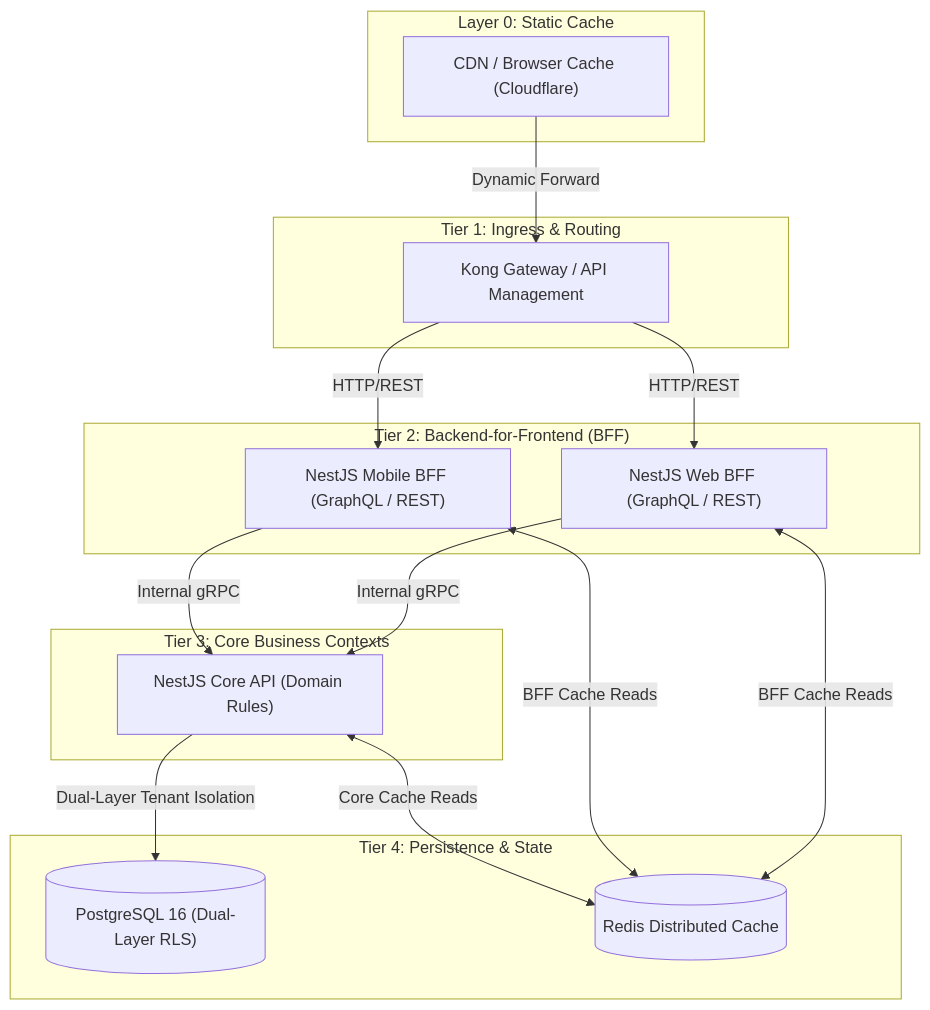
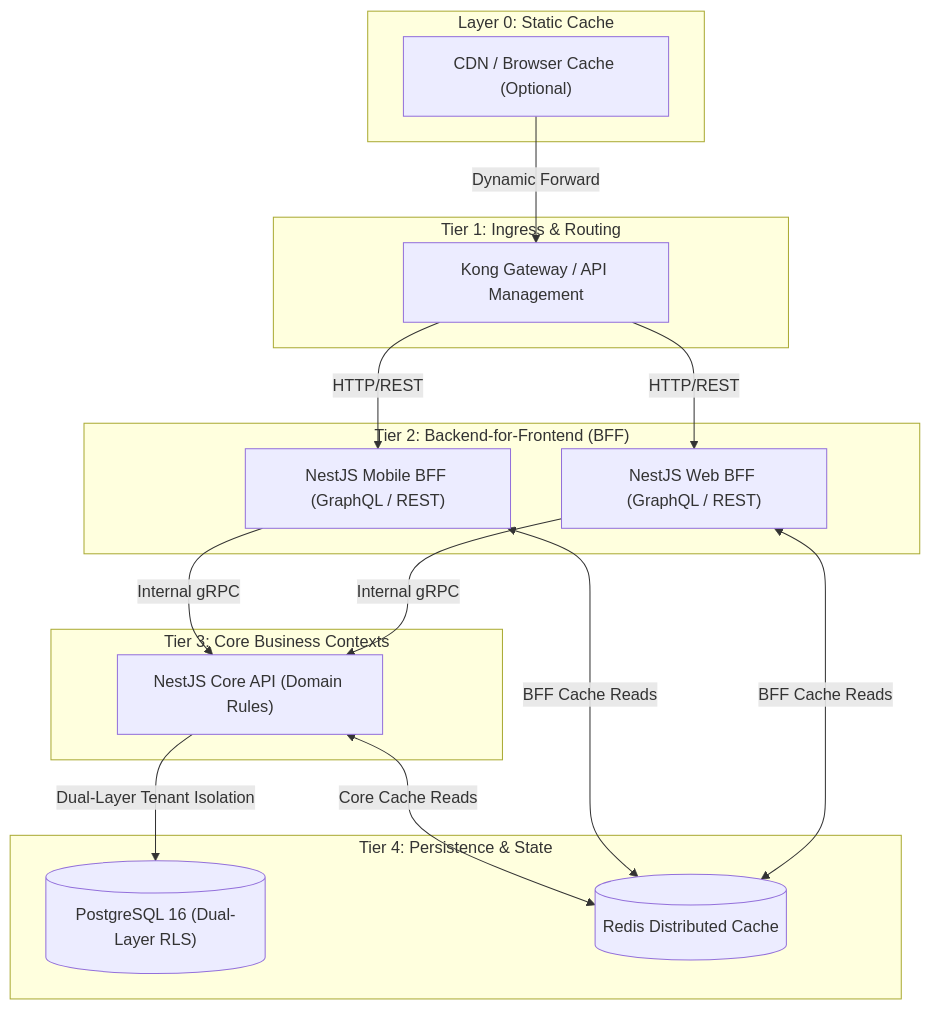
The second of 3 diagrams in arc-nodejs-workspace/docs/02-architecture/architecture-spec.md (beyondnetcode/arc32_nodejs_progresive_monolith), drawn with Mermaid before and after one commit. The commit also changed 2 other files, not shown here.

Commit message:
docs(cache): reclassify CDN layer as fully optional and configurable module in specifications

````diff
--- a/arc-nodejs-workspace/docs/02-architecture/architecture-spec.md
+++ b/arc-nodejs-workspace/docs/02-architecture/architecture-spec.md
@@ -48,37 +48,37 @@
 ```mermaid
 graph TD
     subgraph PublicEdge["Layer 0: Static Cache"]
-        CDN["CDN / Browser Cache (Cloudflare)"]
+        CDN["CDN / Browser Cache (Optional)"]
     end
 
     subgraph EntryLayer["Tier 1: Ingress & Routing"]
         KongGateway["Kong Gateway / API Management"]
     end
 
     subgraph BFFLayer["Tier 2: Backend-for-Frontend (BFF)"]
         WebBFF["NestJS Web BFF (GraphQL / REST)"]
         MobileBFF["NestJS Mobile BFF (GraphQL / REST)"]
     end
 
     subgraph ApplicationLayer["Tier 3: Core Business Contexts"]
         MainAPI["NestJS Core API (Domain Rules)"]
     end
 
     subgraph StorageLayer["Tier 4: Persistence & State"]
         PostgresSQL[("PostgreSQL 16 (Dual-Layer RLS)")]
         RedisCache[("Redis Distributed Cache")]
     end
 
     CDN -->|Dynamic Forward| KongGateway
     KongGateway -->|HTTP/REST| WebBFF
     KongGateway -->|HTTP/REST| MobileBFF
     
     WebBFF <-->|BFF Cache Reads| RedisCache
     WebBFF -->|Internal gRPC| MainAPI
     
     MobileBFF <-->|BFF Cache Reads| RedisCache
     MobileBFF -->|Internal gRPC| MainAPI
     
     MainAPI -->|Dual-Layer Tenant Isolation| PostgresSQL
     MainAPI <-->|Core Cache Reads| RedisCache
 ```
````
